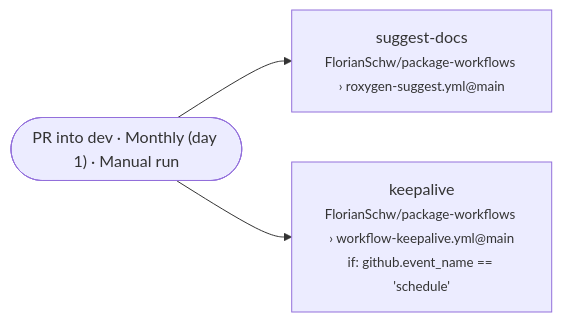
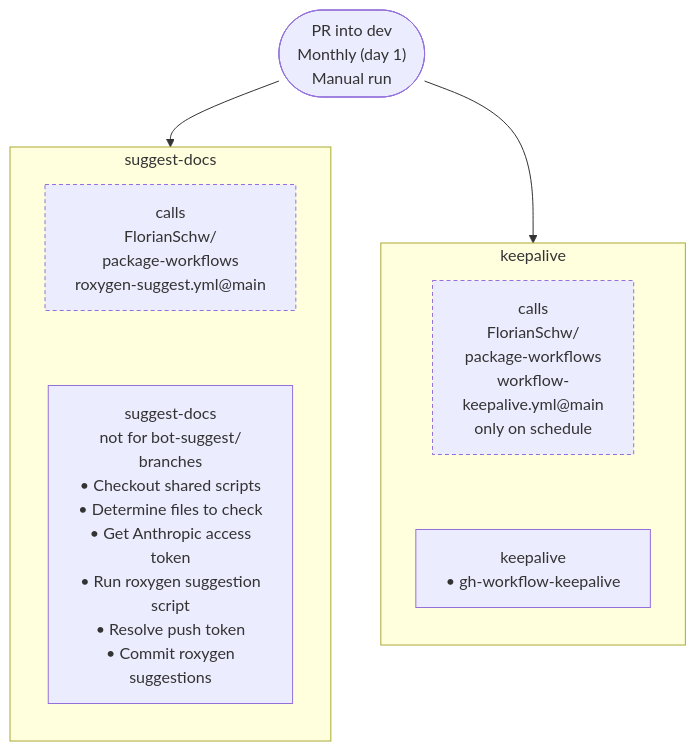
The ninth of 15 diagrams in .github/workflow-graphs/README.md (nfdi4health/dsSupportClient), drawn with Mermaid before and after one commit. The commit also changed other lines of this file, not shown here.

Commit message:
docs: update workflow diagrams

````diff
--- a/.github/workflow-graphs/README.md
+++ b/.github/workflow-graphs/README.md
@@ -90,8 +207,19 @@
 ```mermaid
-flowchart LR
-  start(["PR into dev · Monthly (day 1) · Manual run"])
-  job_suggest_docs["suggest-docs<br/><small>FlorianSchw/package-workflows › roxygen-suggest.yml@main</small>"]
+flowchart TD
+  start(["PR into dev<br/>Monthly (day 1)<br/>Manual run"])
+  subgraph job_suggest_docs ["suggest-docs"]
+    direction TB
+    job_suggest_docs__ref["calls<br/>FlorianSchw/<br/>package-workflows<br/>roxygen-suggest.yml@main"]:::refnote
+    job_suggest_docs__suggest_docs["suggest-docs<br/>not for bot-suggest/<br/>branches<br/>• Checkout shared scripts<br/>• Determine files to check<br/>• Get Anthropic access<br/>token<br/>• Run roxygen suggestion<br/>script<br/>• Resolve push token<br/>• Commit roxygen<br/>suggestions"]
+    job_suggest_docs__ref ~~~ job_suggest_docs__suggest_docs
+  end
   start --> job_suggest_docs
-  job_keepalive["keepalive<br/><small>FlorianSchw/package-workflows › workflow-keepalive.yml@main</small><br/><small>if: github.event_name == 'schedule'</small>"]
+  subgraph job_keepalive ["keepalive"]
+    direction TB
+    job_keepalive__ref["calls<br/>FlorianSchw/<br/>package-workflows<br/>workflow-<br/>keepalive.yml@main<br/>only on schedule"]:::refnote
+    job_keepalive__keepalive["keepalive<br/>• gh-workflow-keepalive"]
+    job_keepalive__ref ~~~ job_keepalive__keepalive
+  end
   start --> job_keepalive
+  classDef refnote stroke-dasharray: 4 3
 ```
````
